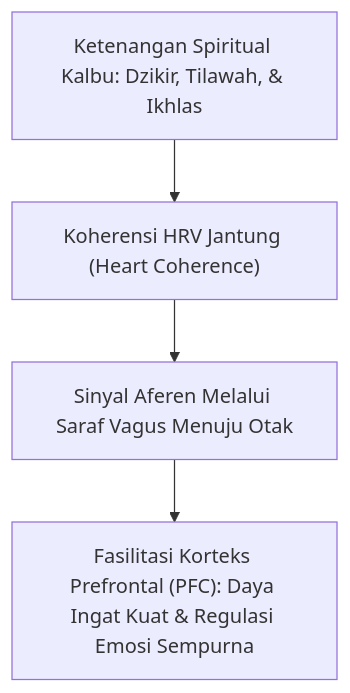
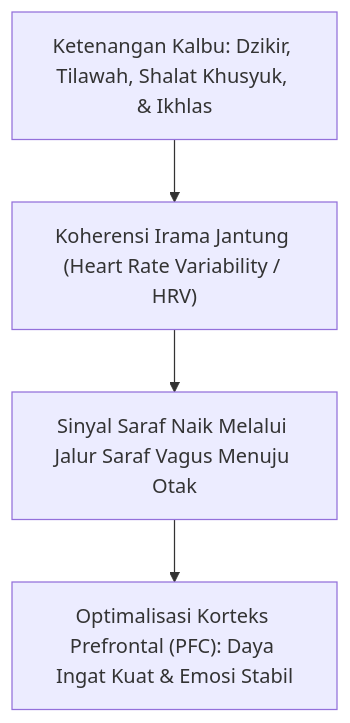
One commit to wandiapriliyandi/tumbuh changed the third of 4 diagrams in BOOK-SERIES/Volume-01/Bab-02-Ontologi-Fitrah-dan-Hakikat-Insan-Pembelajar/02-Struktur-Psiko-Spiritual-Nafs-Aql-Qalb.md. Above: the diagram before and after it, drawn with Mermaid. The commit also changed other lines of this file and 5 other files, not shown here.

````diff
--- a/BOOK-SERIES/Volume-01/Bab-02-Ontologi-Fitrah-dan-Hakikat-Insan-Pembelajar/02-Struktur-Psiko-Spiritual-Nafs-Aql-Qalb.md
+++ b/BOOK-SERIES/Volume-01/Bab-02-Ontologi-Fitrah-dan-Hakikat-Insan-Pembelajar/02-Struktur-Psiko-Spiritual-Nafs-Aql-Qalb.md
@@ -77,6 +86,6 @@
 ```mermaid
 graph TD
-    Dzikir["Ketenangan Spiritual Kalbu: Dzikir, Tilawah, & Ikhlas"] --> Koherensi["Koherensi HRV Jantung (Heart Coherence)"]
-    Koherensi --> JalurAferen["Sinyal Aferen Melalui Saraf Vagus Menuju Otak"]
-    JalurAferen --> OptimalPFC["Fasilitasi Korteks Prefrontal (PFC): Daya Ingat Kuat & Regulasi Emosi Sempurna"]
+    Dzikir["Ketenangan Kalbu: Dzikir, Tilawah, Shalat Khusyuk, & Ikhlas"] --> Koherensi["Koherensi Irama Jantung (Heart Rate Variability / HRV)"]
+    Koherensi --> JalurAferen["Sinyal Saraf Naik Melalui Jalur Saraf Vagus Menuju Otak"]
+    JalurAferen --> OptimalPFC["Optimalisasi Korteks Prefrontal (PFC): Daya Ingat Kuat & Emosi Stabil"]
 ```
````
